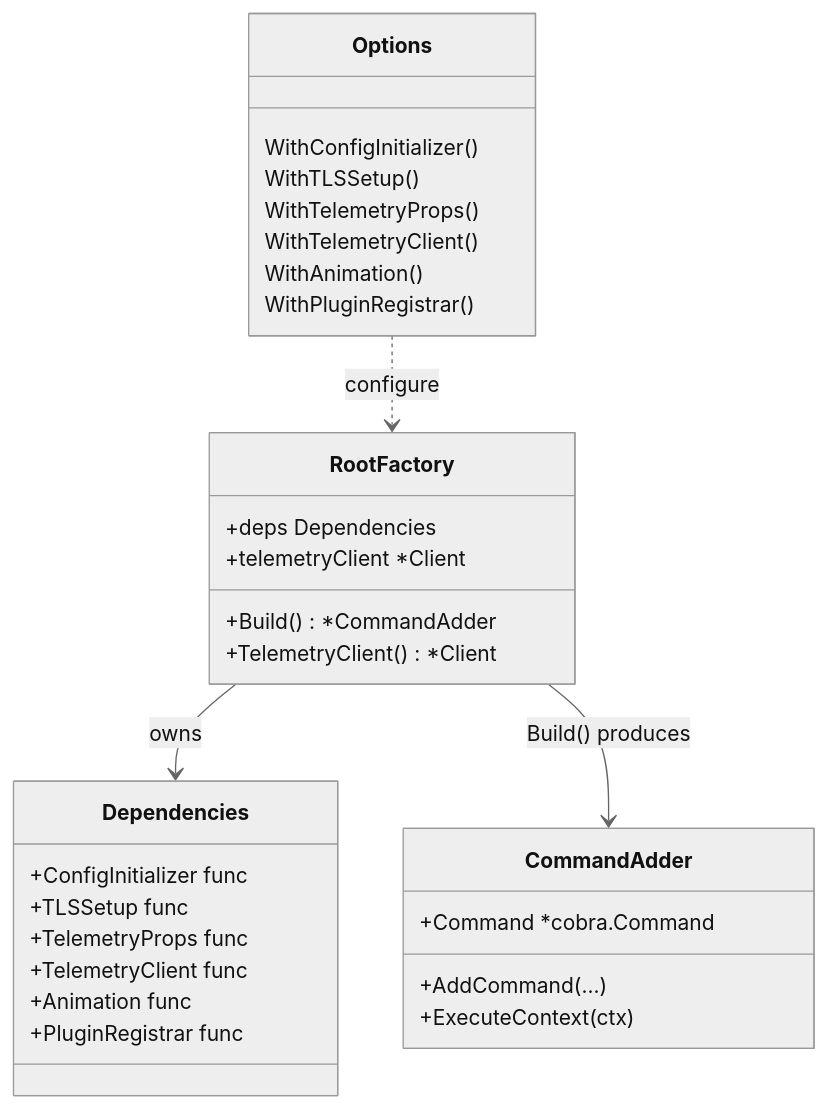
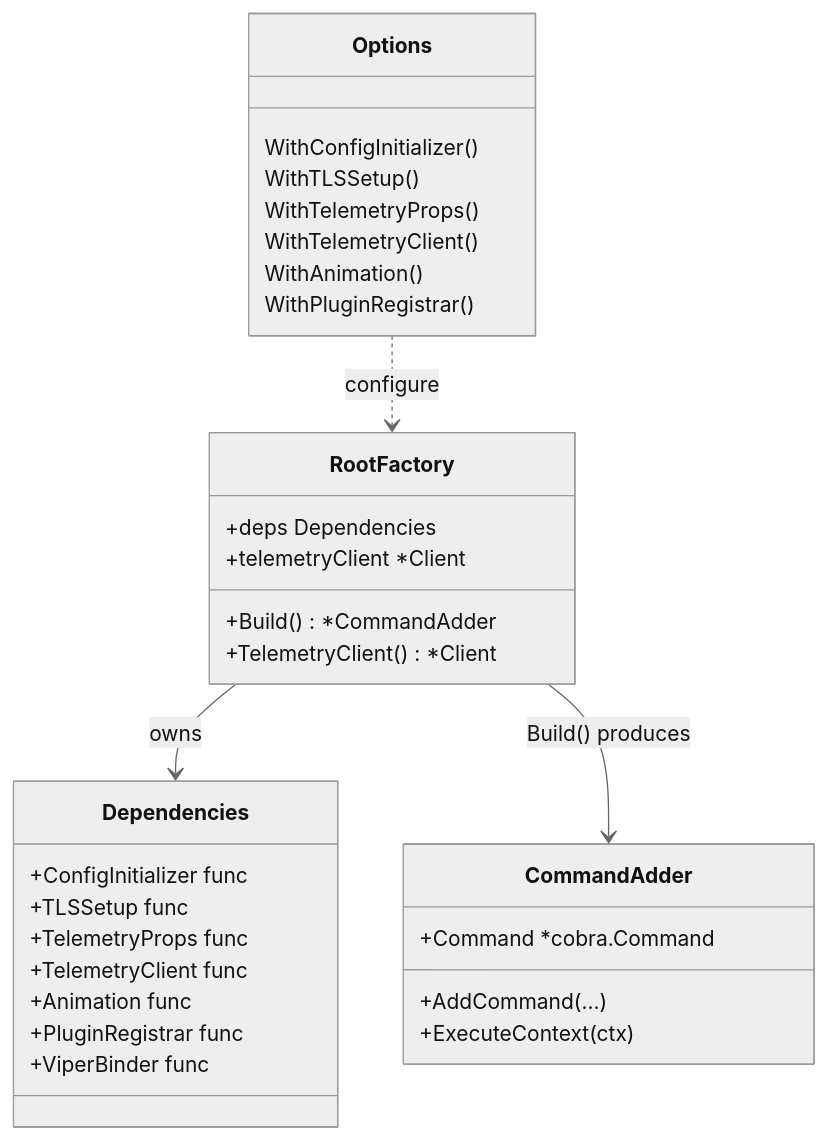
The first of 3 diagrams in docs/development/root-factory.md (datarobot-oss/cli), drawn with Mermaid (neutral theme) before and after one commit. The commit also changed 1 other file, not shown here.

Commit message:
feat(cmd): make viper flag binding injectable via Dependencies
bindViperFlags was the one Build-time wiring step not represented in
Dependencies, so even a fully stubbed test factory still re-pointed the
global viper bindings at the newest tree on every Build — hijacking
flag resolution from any previously built tree (including RootCmd).

Adds ViperBinderFunc, a ViperBinder field on Dependencies, and a
WithViperBinder option; Build now calls the injected dependency. The
default is the existing bindViperFlags behavior (now a package-level
function), so production is unchanged. Tests can pass a no-op to leave
global viper untouched, with the documented caveat that viper-backed
reads (debug/verbose, ca-cert) then won't resolve that tree's flags.

Addresses review feedback from chasdr on PR #802.

````diff
--- a/docs/development/root-factory.md
+++ b/docs/development/root-factory.md
@@ -17,37 +17,38 @@
 ```mermaid
 classDiagram
     class RootFactory {
         +deps Dependencies
         +telemetryClient *Client
         +Build() *CommandAdder
         +TelemetryClient() *Client
     }
 
     class Dependencies {
         +ConfigInitializer func
         +TLSSetup func
         +TelemetryProps func
         +TelemetryClient func
         +Animation func
         +PluginRegistrar func
+        +ViperBinder func
     }
 
     class CommandAdder {
         +Command *cobra.Command
         +AddCommand(...)
         +ExecuteContext(ctx)
     }
 
     class Options {
         WithConfigInitializer()
         WithTLSSetup()
         WithTelemetryProps()
         WithTelemetryClient()
         WithAnimation()
         WithPluginRegistrar()
     }
 
     RootFactory --> Dependencies : owns
     RootFactory --> CommandAdder : Build() produces
     Options ..> RootFactory : configure
 ```
````
